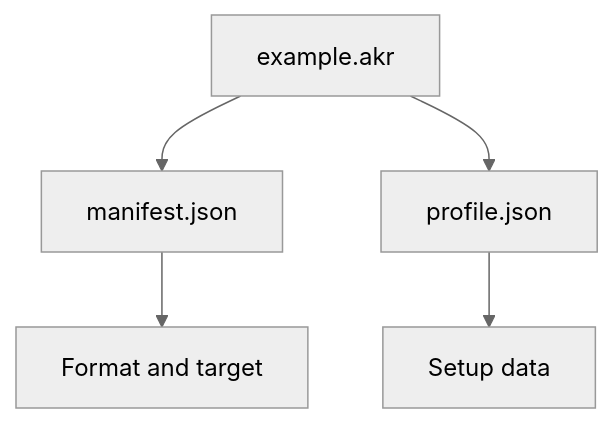
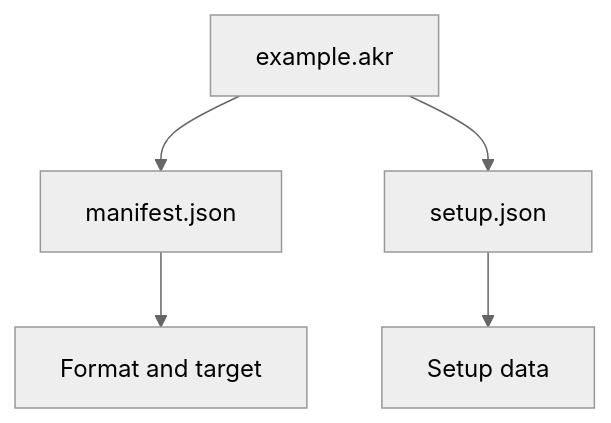
The diagram in docs/concepts/akr-files-and-setup-state.mdx (Microck/akron), drawn with Mermaid (neutral theme) before and after one commit. The commit also changed other lines of this file and 81 other files, not shown here.

````diff
--- a/docs/concepts/akr-files-and-setup-state.mdx
+++ b/docs/concepts/akr-files-and-setup-state.mdx
@@ -27,7 +27,7 @@
 ```mermaid
 flowchart TD
   archive["example.akr"] --> manifest["manifest.json"]
-  archive --> payload["profile.json"]
+  archive --> payload["setup.json"]
   manifest --> target["Format and target"]
   payload --> settings["Setup data"]
 ```
````
